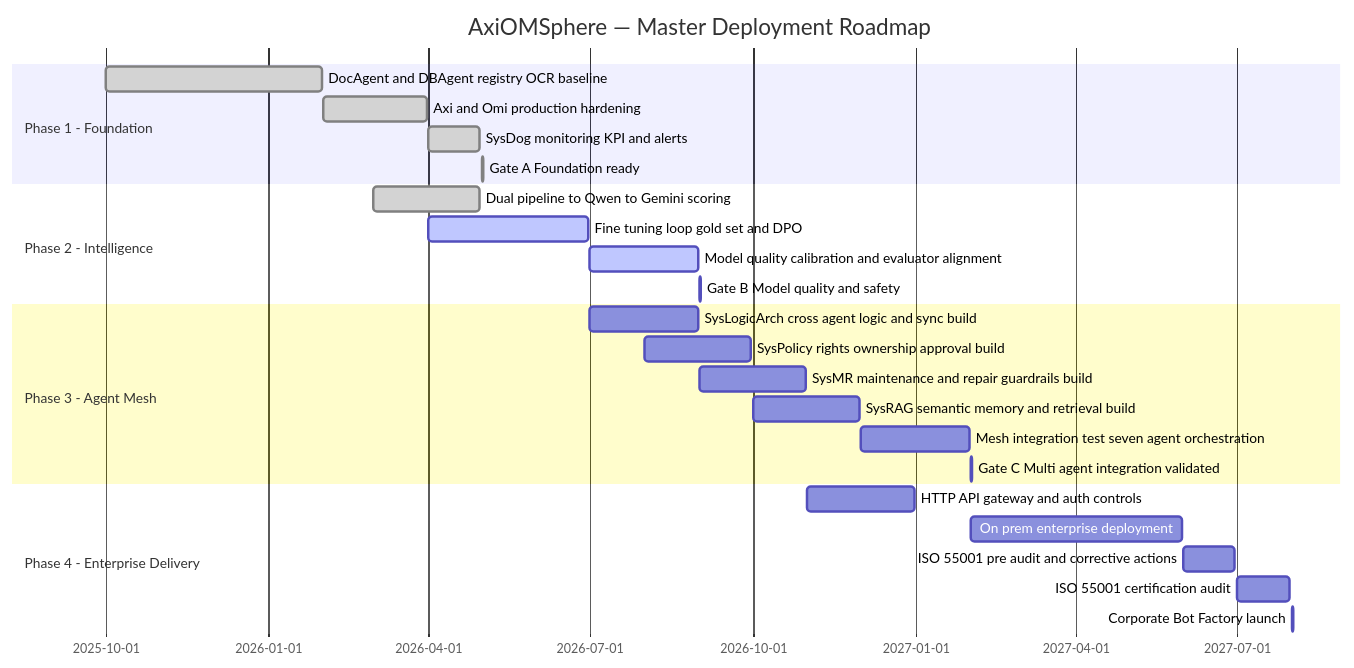
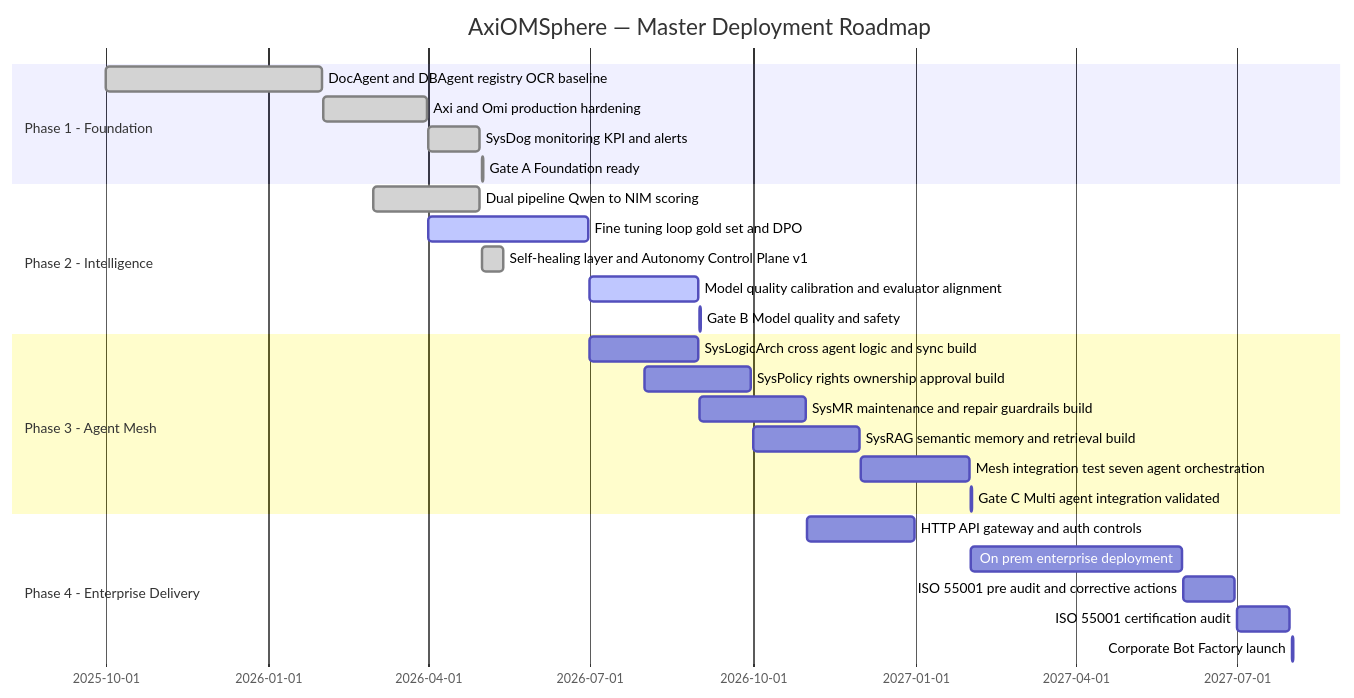
One commit to AxiOMSphereAssistanceAIMS/AxiOMSphere changed the fifth of 12 diagrams in README.md. Above: the diagram before and after it, drawn with Mermaid. The commit also changed other lines of this file, not shown here.

Commit message:
docs: update README — NIM migration, self-healing layer, Autonomy CP v1 certified

````diff
--- a/README.md
+++ b/README.md
@@ -409,32 +417,33 @@
 ```mermaid
 gantt
     title AxiOMSphere — Master Deployment Roadmap
     dateFormat  YYYY-MM-DD
 
     section Phase 1 - Foundation
     DocAgent and DBAgent registry OCR baseline                :done, p1a, 2025-10-01, 2026-01-31
     Axi and Omi production hardening                          :done, p1b, 2026-02-01, 2026-03-31
     SysDog monitoring KPI and alerts                          :done, p1c, 2026-04-01, 2026-04-30
     Gate A Foundation ready                                   :done, gA, 2026-05-01, 2026-05-02
 
     section Phase 2 - Intelligence
-    Dual pipeline to Qwen to Gemini scoring                   :done, p2a, 2026-03-01, 2026-04-30
+    Dual pipeline Qwen to NIM scoring                         :done, p2a, 2026-03-01, 2026-04-30
     Fine tuning loop gold set and DPO                         :active, p2b, 2026-04-01, 2026-06-30
+    Self-healing layer and Autonomy Control Plane v1          :done, p2sh, 2026-05-01, 2026-05-13
     Model quality calibration and evaluator alignment         :active, p2c, 2026-07-01, 2026-08-31
     Gate B Model quality and safety                           :active, gB, 2026-09-01, 2026-09-02
 
     section Phase 3 - Agent Mesh
     SysLogicArch cross agent logic and sync build             :p3a, 2026-07-01, 2026-08-31
     SysPolicy rights ownership approval build                 :p3b, 2026-08-01, 2026-09-30
     SysMR maintenance and repair guardrails build             :p3c, 2026-09-01, 2026-10-31
     SysRAG semantic memory and retrieval build                :p3d, 2026-10-01, 2026-11-30
     Mesh integration test seven agent orchestration           :p3e, 2026-12-01, 2027-01-31
     Gate C Multi agent integration validated                  :gC, 2027-02-01, 2027-02-02
 
     section Phase 4 - Enterprise Delivery
     HTTP API gateway and auth controls                        :p4a, 2026-11-01, 2026-12-31
     On prem enterprise deployment                             :p4b, 2027-02-01, 2027-05-31
     ISO 55001 pre audit and corrective actions                :p4c, 2027-06-01, 2027-06-30
     ISO 55001 certification audit                             :p4d, 2027-07-01, 2027-07-31
     Corporate Bot Factory launch                              :gD, 2027-08-01, 2027-08-02
 ```
````
